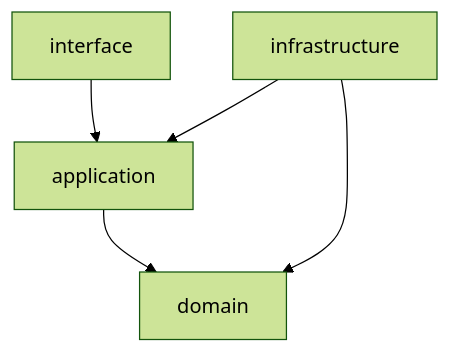
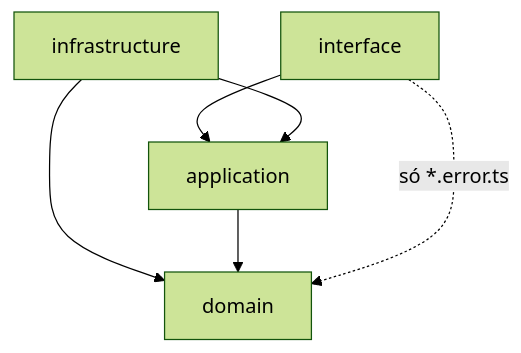
The second of 3 diagrams in tech-docs/architecture.md (Casmei/agent-desk), drawn with Mermaid (forest theme) before and after one commit. The commit also changed other lines of this file and 8 other files, not shown here.

First line of the commit message:
feat(api): let interface import own domain errors and domain use node:crypto

````diff
--- a/tech-docs/architecture.md
+++ b/tech-docs/architecture.md
@@ -71,7 +71,8 @@
 ```mermaid
 flowchart TD
     interface["interface"] --> application["application"]
     infrastructure["infrastructure"] --> application
     infrastructure --> domain["domain"]
     application --> domain
+    interface -. "só *.error.ts" .-> domain
 ```
````
